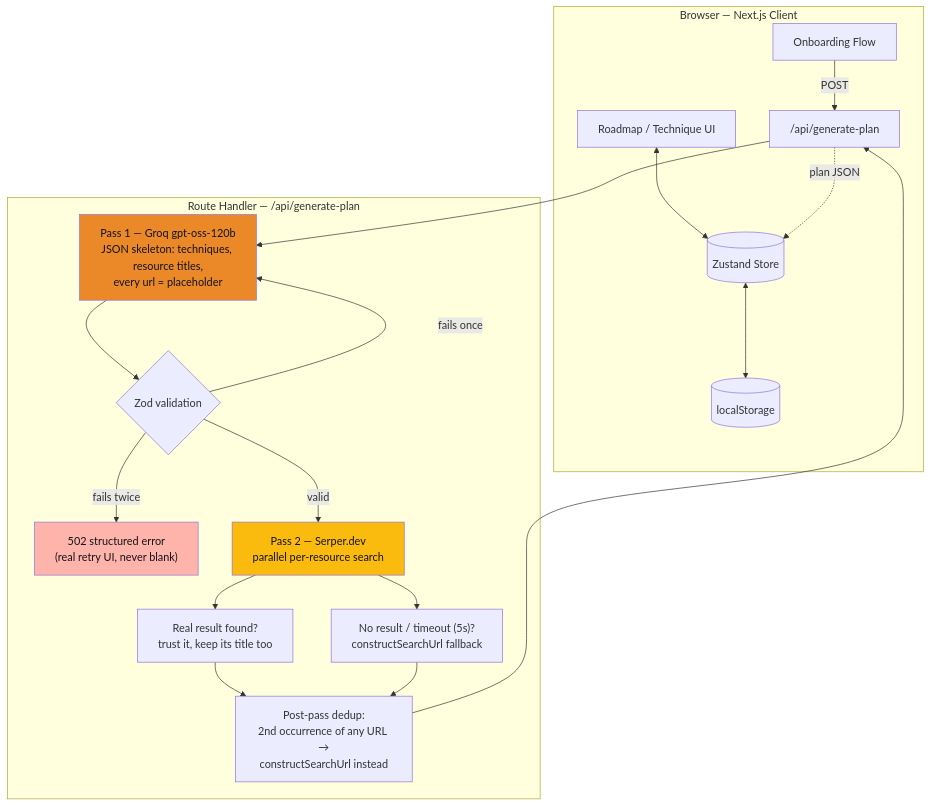
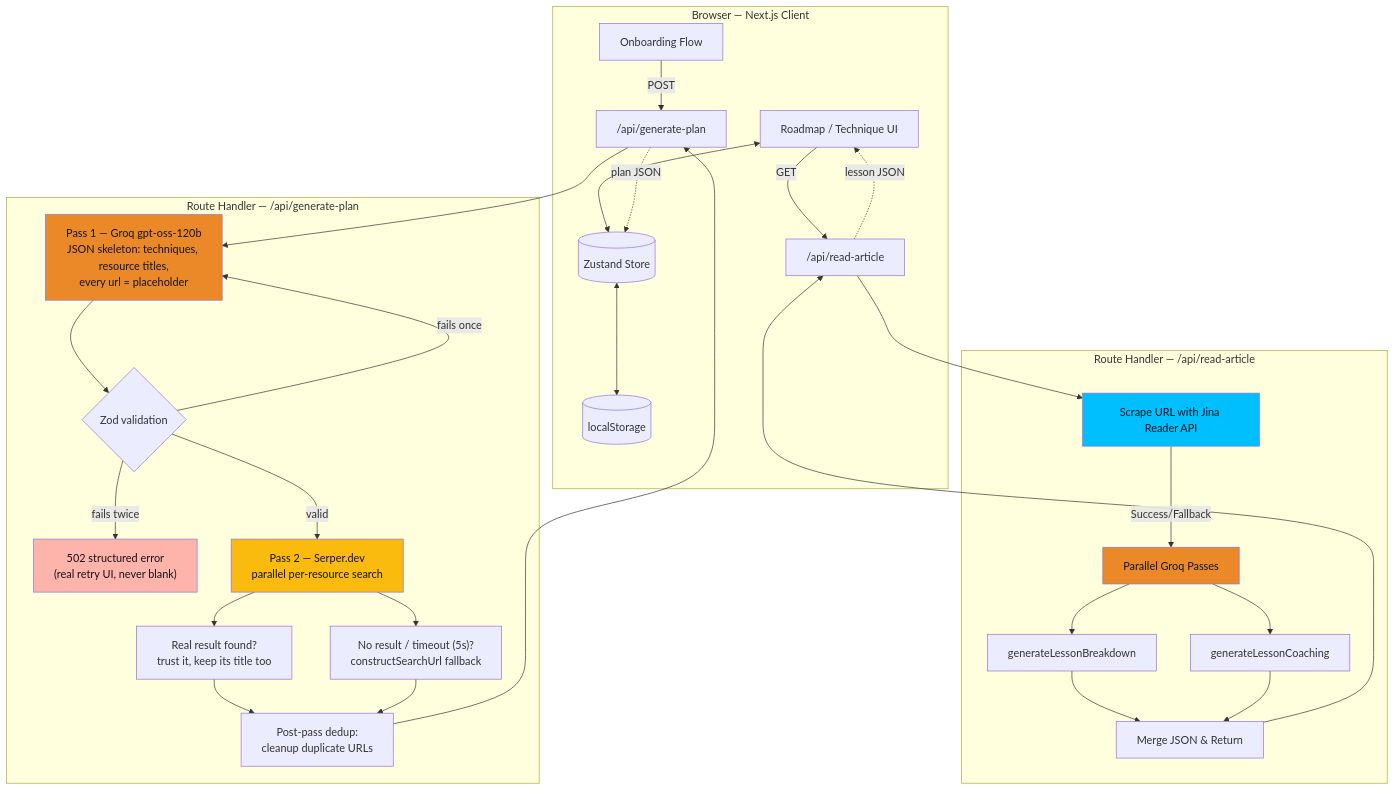
Before and after one commit to Mithurn/Whittle: the diagram in README.md, drawn with Mermaid. The commit also changed other lines of this file, not shown here.

Commit message:
docs: expand architecture and UX details in README

````diff
--- a/README.md
+++ b/README.md
@@ -78,26 +87,40 @@
 ```mermaid
 graph TB
     subgraph Browser["Browser — Next.js Client"]
         A[Onboarding Flow] -->|POST| B["/api/generate-plan"]
         C[Roadmap / Technique UI] <--> D[(Zustand Store)]
         D <--> E[(localStorage)]
         B -.plan JSON.-> D
+        C -->|GET| M["/api/read-article"]
+        M -.lesson JSON.-> C
     end
 
-    subgraph API["Route Handler — /api/generate-plan"]
+    subgraph API1["Route Handler — /api/generate-plan"]
         B --> F["Pass 1 — Groq gpt-oss-120b<br/>JSON skeleton: techniques, resource titles,<br/>every url = placeholder"]
         F --> G{Zod validation}
         G -->|fails once| F
         G -->|fails twice| H["502 structured error<br/>(real retry UI, never blank)"]
         G -->|valid| I["Pass 2 — Serper.dev<br/>parallel per-resource search"]
         I --> J["Real result found?<br/>trust it, keep its title too"]
         I --> K["No result / timeout (5s)?<br/>constructSearchUrl fallback"]
-        J --> L["Post-pass dedup:<br/>2nd occurrence of any URL →<br/>constructSearchUrl instead"]
+        J --> L["Post-pass dedup:<br/>cleanup duplicate URLs"]
         K --> L
         L --> B
+    end
+
+    subgraph API2["Route Handler — /api/read-article"]
+        M --> N["Scrape URL with Jina Reader API"]
+        N -->|Success/Fallback| O["Parallel Groq Passes"]
+        O --> P["generateLessonBreakdown"]
+        O --> Q["generateLessonCoaching"]
+        P --> R["Merge JSON & Return"]
+        Q --> R
+        R --> M
     end
 
     style F fill:#EB8928,color:#111318
     style I fill:#FABA0E,color:#111318
     style H fill:#ffb4ab,color:#111318
+    style N fill:#00bfff,color:#111318
+    style O fill:#EB8928,color:#111318
 ```
````
